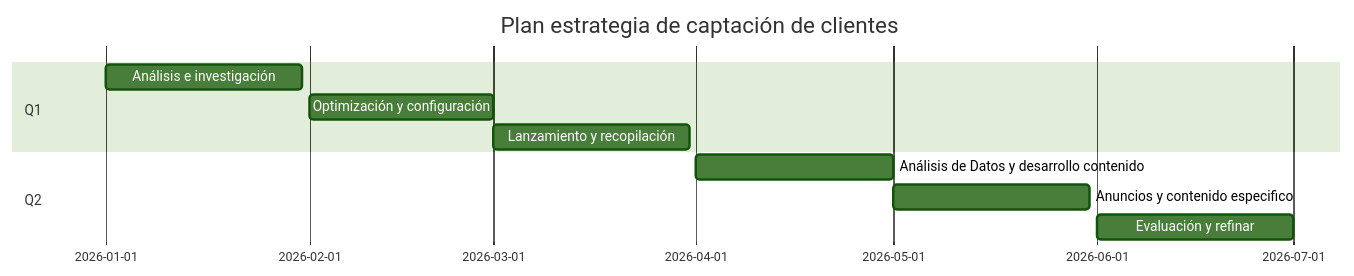
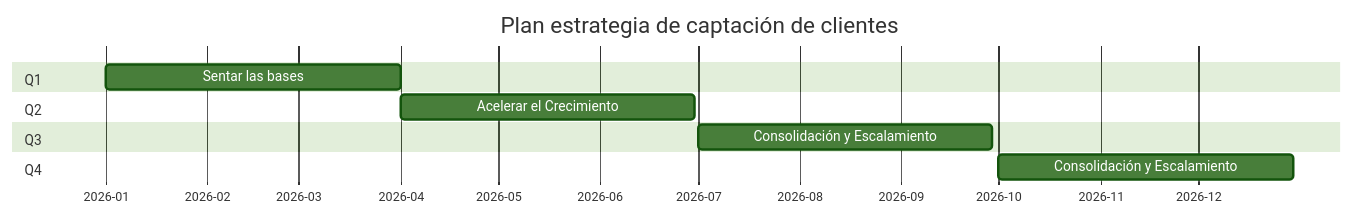
The diagram in docs/estrategiaCaptacionFidelizacion/estrategiaCaptacion.md (EOBS-MIDE/EcoSmart), drawn with Mermaid before and after one commit. The commit also changed other lines of this file, not shown here.

Commit message:
Cambio gantt

````diff
--- a/docs/estrategiaCaptacionFidelizacion/estrategiaCaptacion.md
+++ b/docs/estrategiaCaptacionFidelizacion/estrategiaCaptacion.md
@@ -10,18 +15,19 @@
 ```mermaid
 ---
 config:
   theme: forest
 ---
 gantt
     title Plan estrategia de captación de clientes
     dateFormat  YYYY-MM-DD
+    axisFormat %Y-%m
 
     section Q1
-        Análisis e investigación : a1, 2026-01-01, 30d
-        Optimización y configuración : a2, 2026-02-01, 28d
-        Lanzamiento y recopilación : a3, 2026-03-01, 30d
+        Sentar las bases : a1, 2026-01-01, 90d
     section Q2
-        Análisis de Datos y desarrollo contenido : a4, 2026-04-01, 30d
-        Anuncios y contenido especifico : a5, 2026-05-01, 30d
-        Evaluación y refinar : a6, 2026-06-01, 30d
+        Acelerar el Crecimiento : a2, 2026-04-01, 90d
+    section Q3
+        Consolidación y Escalamiento : a3, 2026-07-01, 90d
+    section Q4
+        Consolidación y Escalamiento : a4, 2026-10-01, 90d
 ```
````
